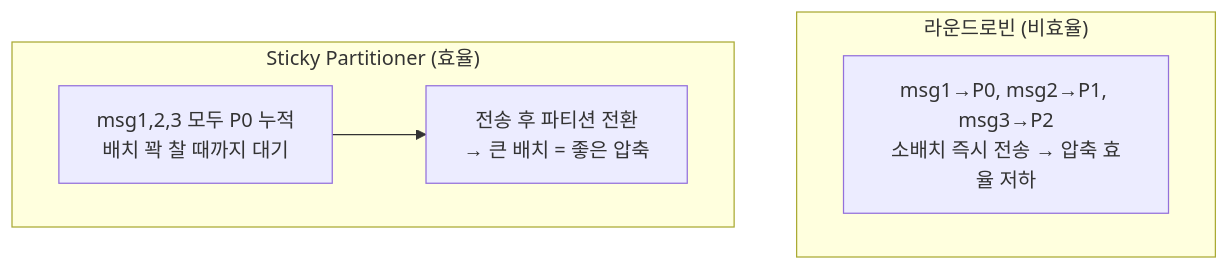
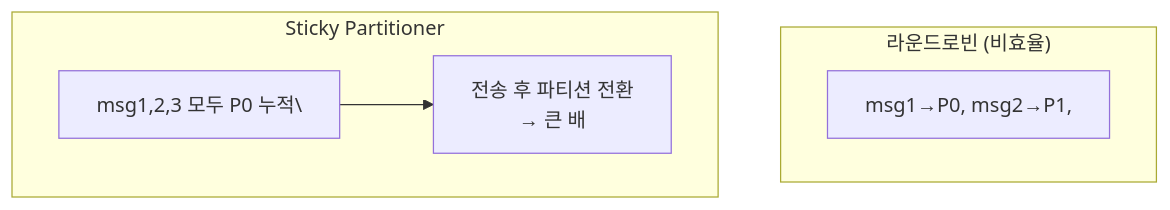
One commit to yjkim2015/yjkim2015.github.io changed the fourth of 21 diagrams in _posts/kafka/2026-05-01-kafka-internals.md. Above: the diagram before and after it, drawn with Mermaid. The commit also changed other lines of this file and 271 other files, not shown here.

First line of the commit message:
Mermaid 라벨 축소: 긴 노드 텍스트 18자 이하로 트림 + \n 제거

````diff
--- a/_posts/kafka/2026-05-01-kafka-internals.md
+++ b/_posts/kafka/2026-05-01-kafka-internals.md
@@ -111,9 +111,9 @@
 ```mermaid
 graph TD
     subgraph rr["라운드로빈 (비효율)"]
-        RR["msg1→P0, msg2→P1, msg3→P2\n소배치 즉시 전송 → 압축 효율 저하"]
+        RR["msg1→P0, msg2→P1,"]
     end
-    subgraph sticky["Sticky Partitioner (효율)"]
-        ST1["msg1,2,3 모두 P0 누적\n배치 꽉 찰 때까지 대기"] --> ST2["전송 후 파티션 전환\n→ 큰 배치 = 좋은 압축"]
+    subgraph sticky["Sticky Partitioner"]
+        ST1["msg1,2,3 모두 P0 누적\"] --> ST2["전송 후 파티션 전환\n→ 큰 배"]
     end
 ```
````
